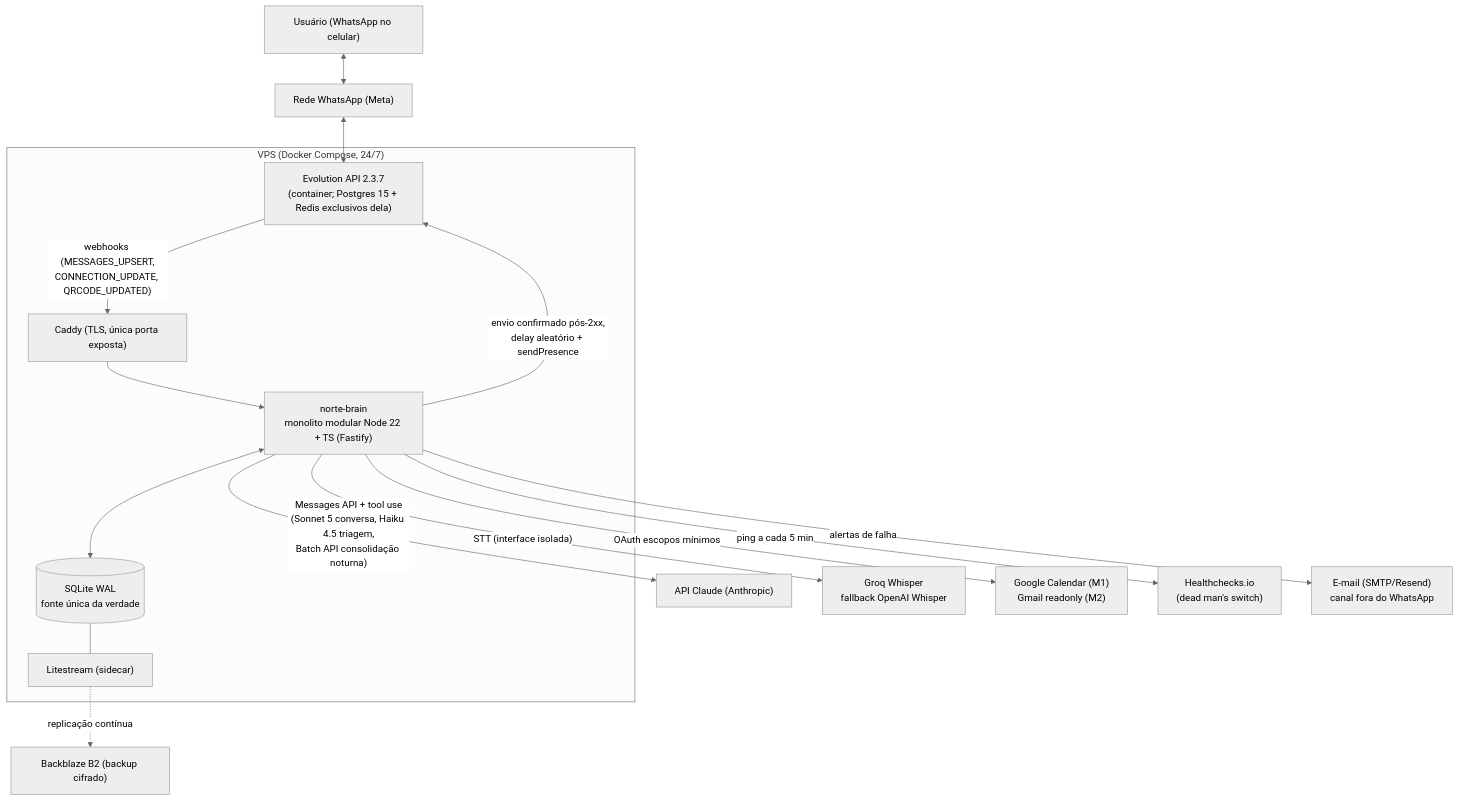
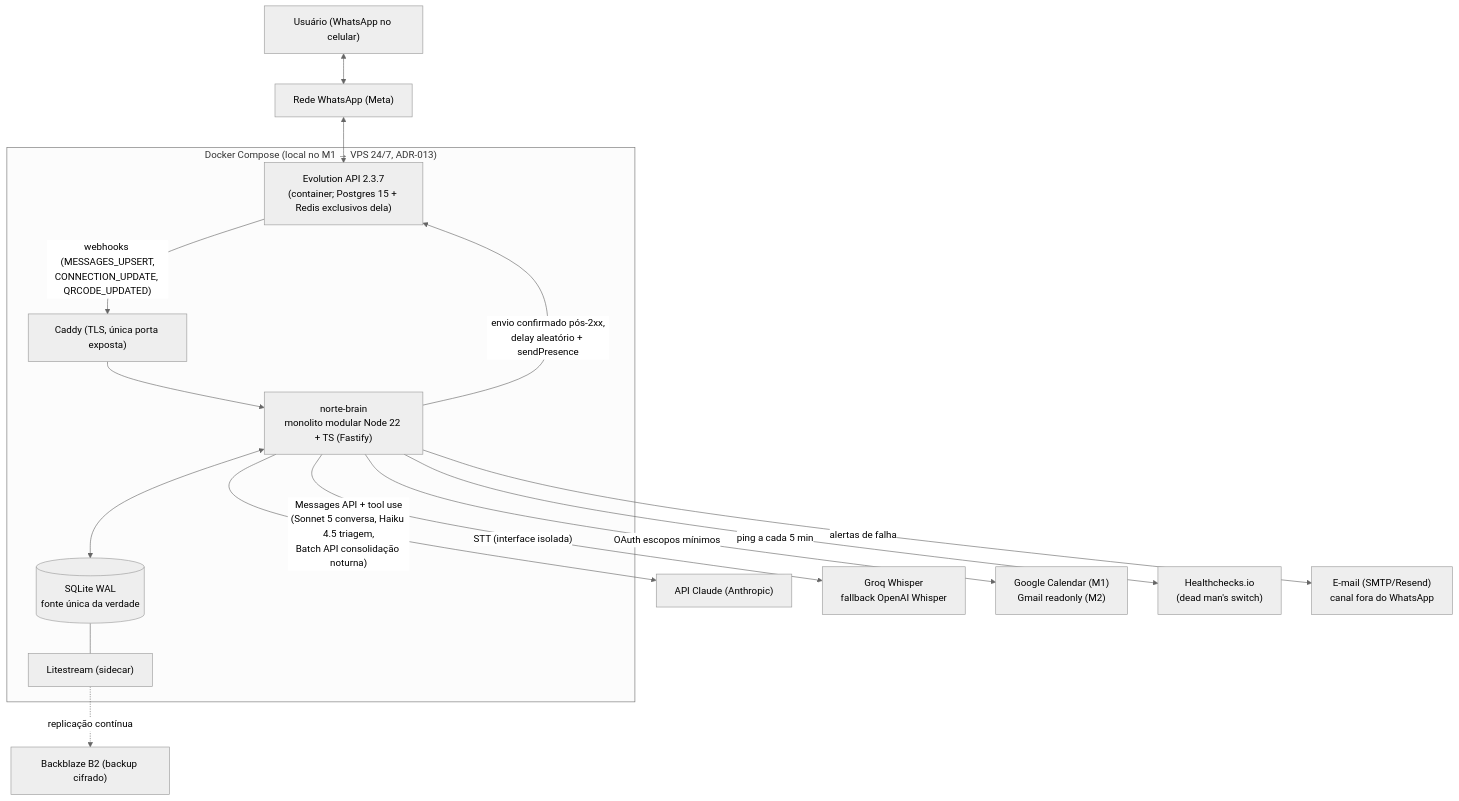
One commit to mitnick1987/Norte---Assistente-Pessoal changed the first of 4 diagrams in docs/ARCHITECTURE.md. Above: the diagram before and after it, drawn with Mermaid (neutral theme). The commit also changed other lines of this file and 2 other files, not shown here.

Commit message:
docs: registra operacao inicial local com migracao ao VPS no M1 (ADR-013)

````diff
--- a/docs/ARCHITECTURE.md
+++ b/docs/ARCHITECTURE.md
@@ -13,25 +13,25 @@
 ```mermaid
 flowchart TB
     U["Usuário (WhatsApp no celular)"] <--> META["Rede WhatsApp (Meta)"]
     META <--> EVO["Evolution API 2.3.7<br/>(container; Postgres 15 + Redis exclusivos dela)"]
 
-    subgraph VPS["VPS (Docker Compose, 24/7)"]
+    subgraph VPS["Docker Compose (local no M1 → VPS 24/7, ADR-013)"]
         CADDY["Caddy (TLS, única porta exposta)"]
         EVO
         BRAIN["norte-brain<br/>monolito modular Node 22 + TS (Fastify)"]
         DB[("SQLite WAL<br/>fonte única da verdade")]
         LS["Litestream (sidecar)"]
     end
 
     EVO -- "webhooks (MESSAGES_UPSERT,<br/>CONNECTION_UPDATE, QRCODE_UPDATED)" --> CADDY --> BRAIN
     BRAIN -- "envio confirmado pós-2xx,<br/>delay aleatório + sendPresence" --> EVO
     BRAIN <--> DB
     LS -. "replicação contínua" .-> B2["Backblaze B2 (backup cifrado)"]
     DB --- LS
 
     BRAIN -- "Messages API + tool use<br/>(Sonnet 5 conversa, Haiku 4.5 triagem,<br/>Batch API consolidação noturna)" --> CLAUDE["API Claude (Anthropic)"]
     BRAIN -- "STT (interface isolada)" --> STT["Groq Whisper<br/>fallback OpenAI Whisper"]
     BRAIN -- "OAuth escopos mínimos" --> GOOG["Google Calendar (M1)<br/>Gmail readonly (M2)"]
     BRAIN -- "ping a cada 5 min" --> HC["Healthchecks.io<br/>(dead man's switch)"]
     BRAIN -- "alertas de falha" --> MAIL["E-mail (SMTP/Resend)<br/>canal fora do WhatsApp"]
 ```
````
